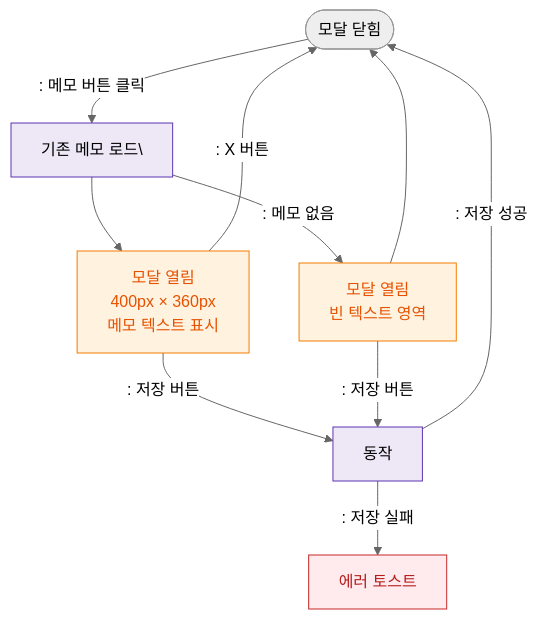
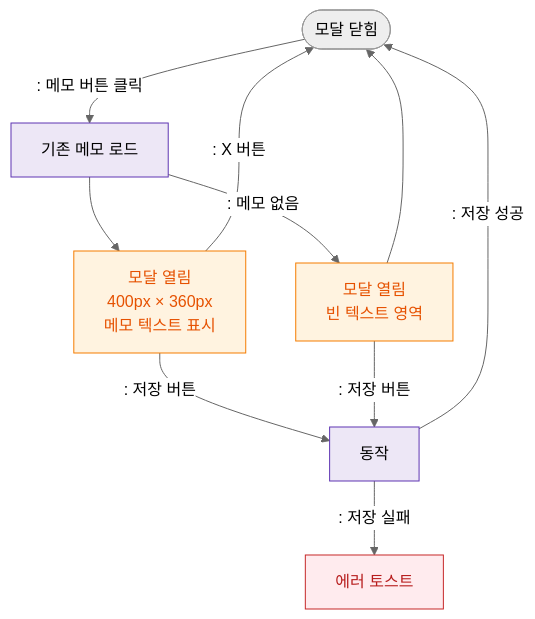
One commit to dev-spogym/admin-pando changed the diagram in docs/admin/다이어그램/D03_매출관리/DLG-S005_메모편집/M1_모달생명주기.md. Above: the diagram before and after it, drawn with Mermaid (neutral theme). The commit also changed 369 other files, not shown here.

````diff
--- a/docs/admin/다이어그램/D03_매출관리/DLG-S005_메모편집/M1_모달생명주기.md
+++ b/docs/admin/다이어그램/D03_매출관리/DLG-S005_메모편집/M1_모달생명주기.md
@@ -18,22 +18,22 @@
 ```mermaid
 flowchart TD
-    CLOSED([모달 닫힘]) -->|": 메모 버튼 클릭"|LOAD[기존 메모 로드\]
+    CLOSED([모달 닫힘]) -->|": 메모 버튼 클릭"|LOAD[기존 메모 로드]
     LOAD --> OPEN[모달 열림\n400px × 360px\n메모 텍스트 표시]
     LOAD -->|": 메모 없음"|OPEN_EMPTY[모달 열림\n빈 텍스트 영역]
 
     OPEN -->|": 저장 버튼"|SAVE[동작]
     OPEN_EMPTY -->|": 저장 버튼"|SAVE
     OPEN -->|": X 버튼"|CLOSED
     OPEN_EMPTY --> CLOSED
 
     SAVE -->|": 저장 성공"|CLOSED
     SAVE -->|": 저장 실패"|ERR_TOAST[에러 토스트]
 
     classDef modal fill:#FFF3E0,stroke:#F57C00,color:#E65100
     classDef system fill:#EDE7F6,stroke:#5E35B2
     classDef error fill:#FFEBEE,stroke:#C62828,color:#B71C1C
 
     class OPEN,OPEN_EMPTY modal
     class LOAD,SAVE system
     class ERR_TOAST error
 ```
````
